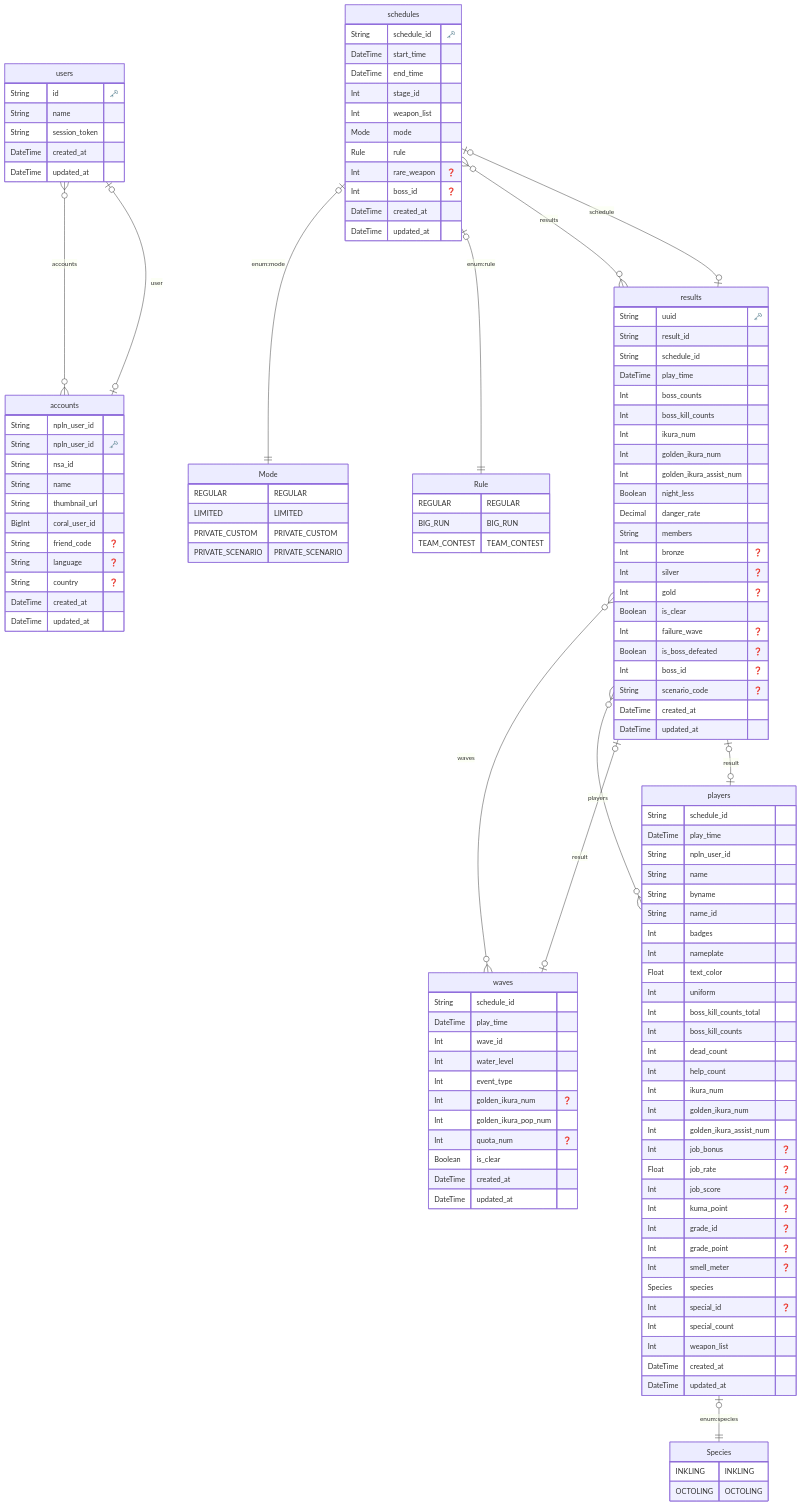
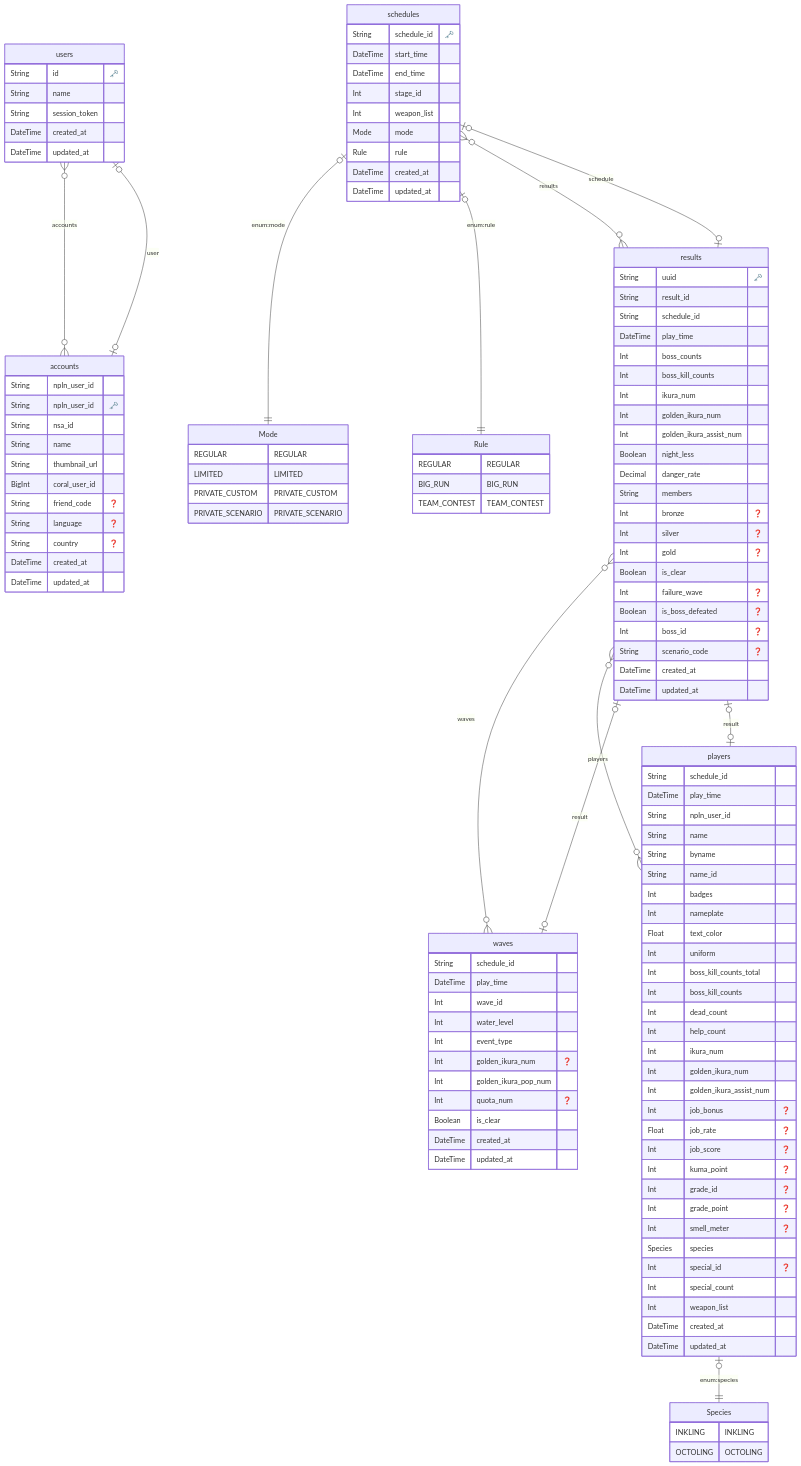
The diagram in prisma/erd.md (salmonstats3/av5ja_stats_api), drawn with Mermaid before and after one commit. The commit also changed 6 other files, not shown here.

Commit message:
Drop rareWeapon, bossId in Schedules

```diff
--- a/prisma/erd.md
+++ b/prisma/erd.md
@@ -55,8 +55,6 @@
     Int weapon_list 
     Mode mode 
     Rule rule 
-    Int rare_weapon "❓"
-    Int boss_id "❓"
     DateTime created_at 
     DateTime updated_at 
     }
```
